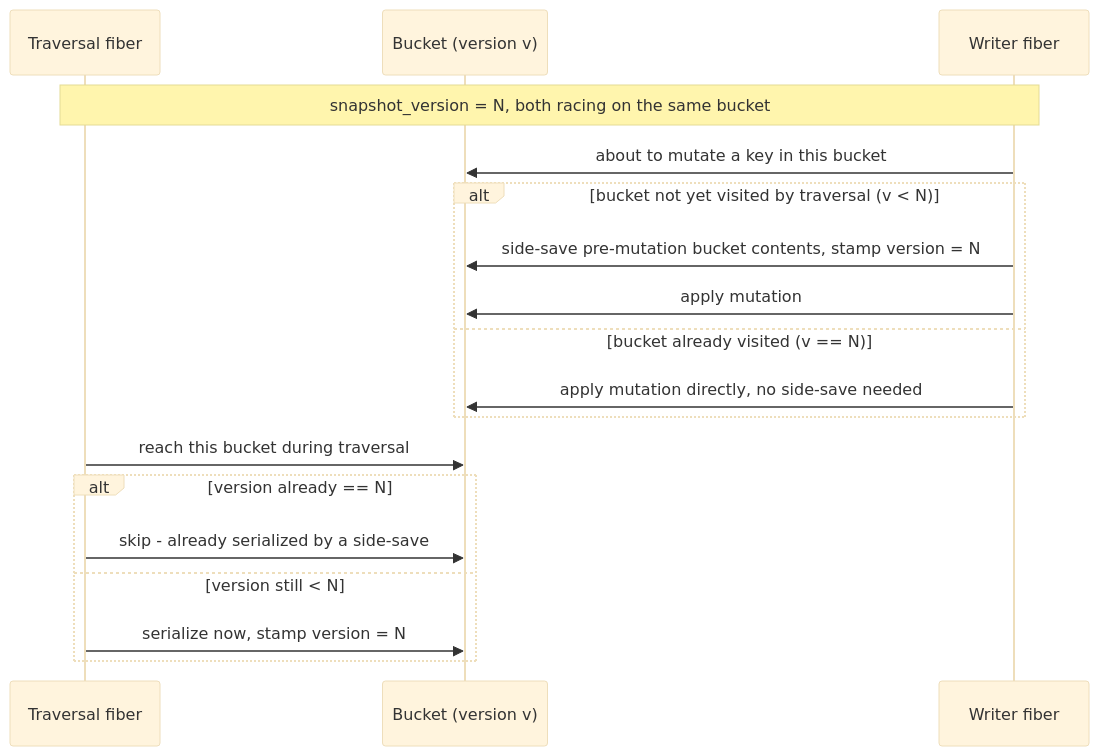
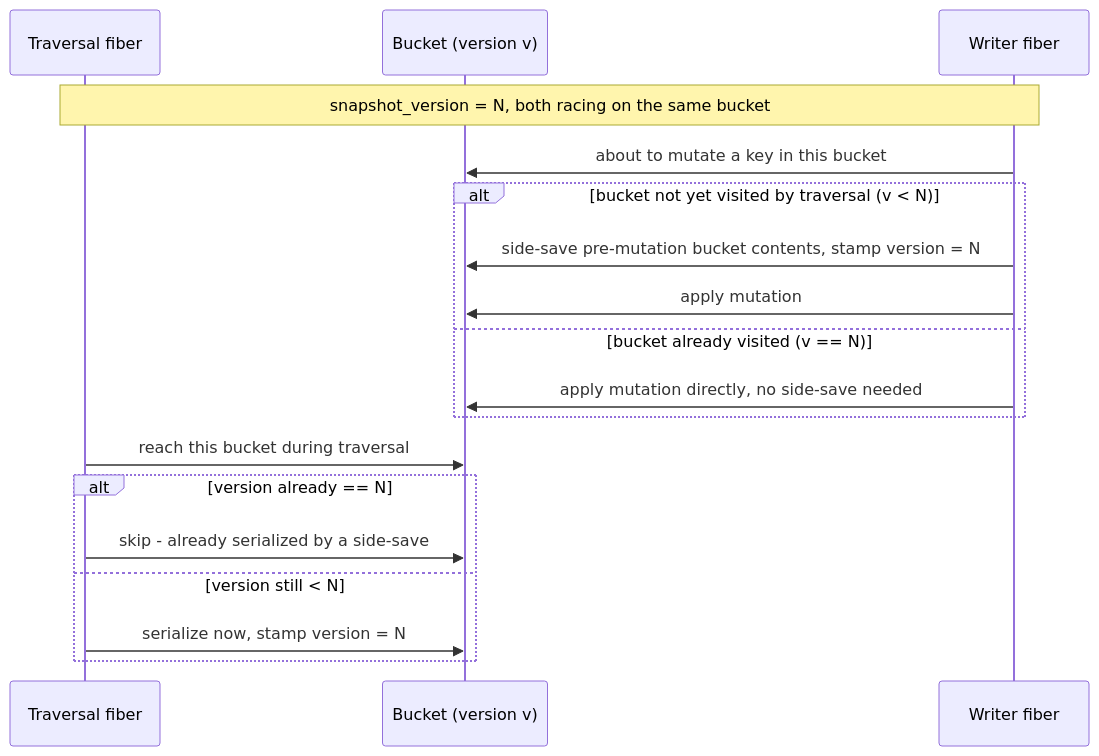
The third of 4 diagrams in docs/replication.md (dragonflydb/dragonfly), drawn with Mermaid before and after one commit. The commit also changed other lines of this file, not shown here.

````diff
--- a/docs/replication.md
+++ b/docs/replication.md
@@ -216,22 +219,21 @@
 ```mermaid
-%%{init: {'theme':'base'}}%%
 sequenceDiagram
     participant T as Traversal fiber
     participant B as Bucket (version v)
     participant W as Writer fiber
 
     Note over T,W: snapshot_version = N, both racing on the same bucket
     W->>B: about to mutate a key in this bucket
     alt bucket not yet visited by traversal (v < N)
     W->>B: side-save pre-mutation bucket contents, stamp version = N
     W->>B: apply mutation
     else bucket already visited (v == N)
     W->>B: apply mutation directly, no side-save needed
     end
     T->>B: reach this bucket during traversal
     alt version already == N
     T->>B: skip - already serialized by a side-save
     else version still < N
     T->>B: serialize now, stamp version = N
     end
 ```
````
